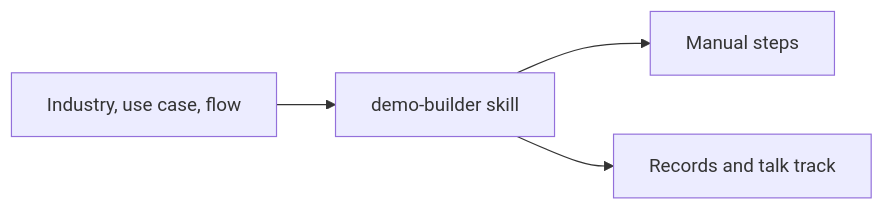
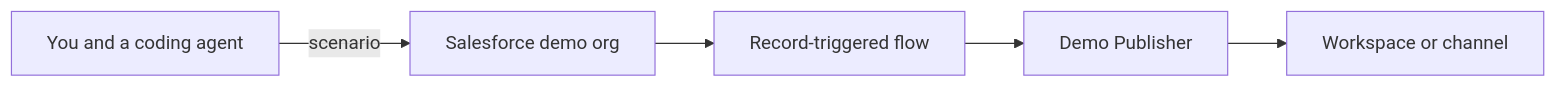
Before and after one commit to zacharwood-bryd/sf-slack-demo-seeder: the diagram in README.md, drawn with Mermaid. The commit also changed other lines of this file and 17 other files, not shown here.

First line of the commit message:
Replace the web app with a Slack publisher and an agent skill.

````diff
--- a/README.md
+++ b/README.md
@@ -7,10 +7,13 @@
 ```mermaid
 flowchart LR
-  brief[Industry, use case, flow]
-  skill[demo-builder skill]
-  you[Manual steps]
-  agent[Records and talk track]
-  brief --> skill
-  skill --> you
-  skill --> agent
+  you[You and a coding agent]
+  salesforce[Salesforce demo org]
+  flow[Record-triggered flow]
+  app[Demo Publisher]
+  slack[Workspace or channel]
+
+  you -->|"scenario"| salesforce
+  salesforce --> flow
+  flow --> app
+  app --> slack
 ```
````
